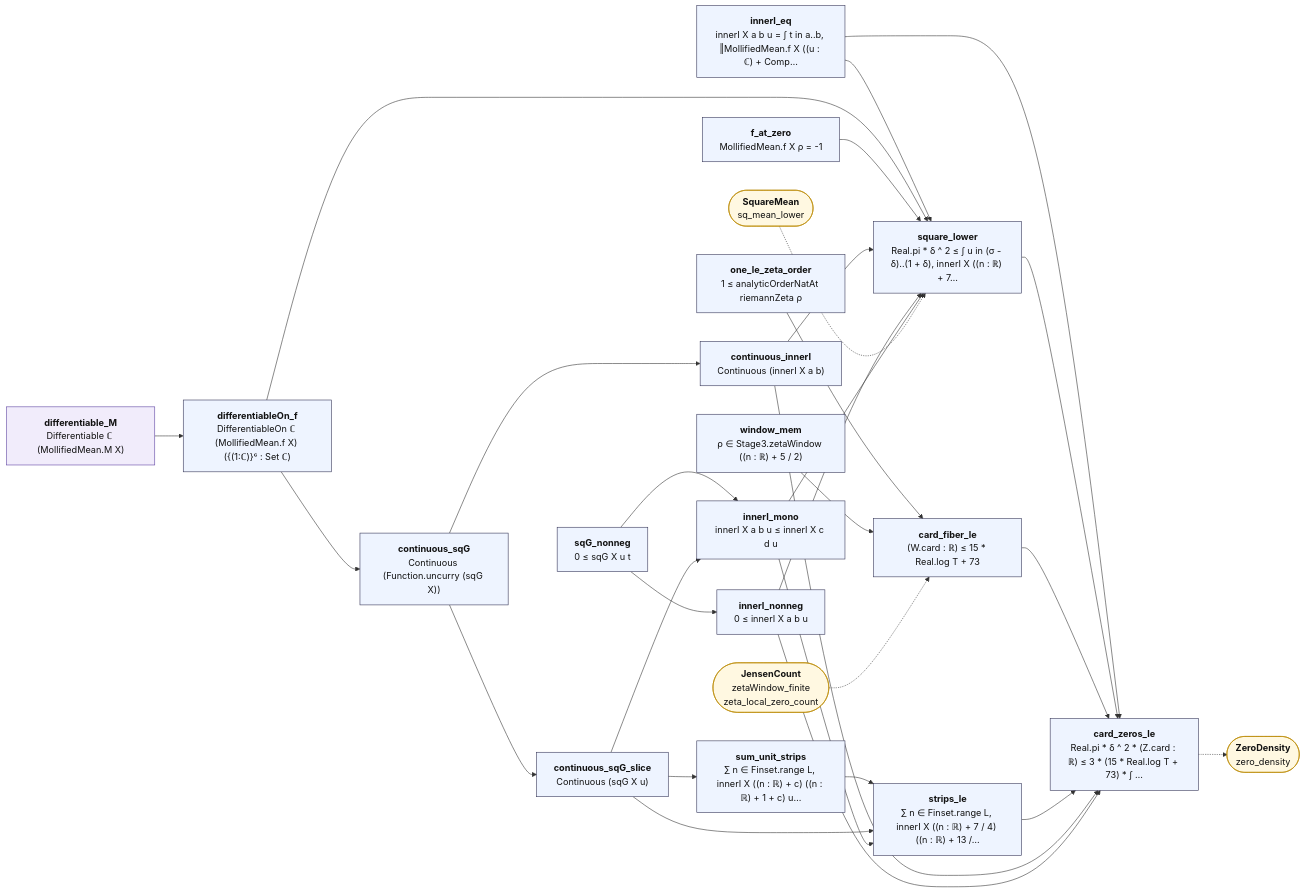
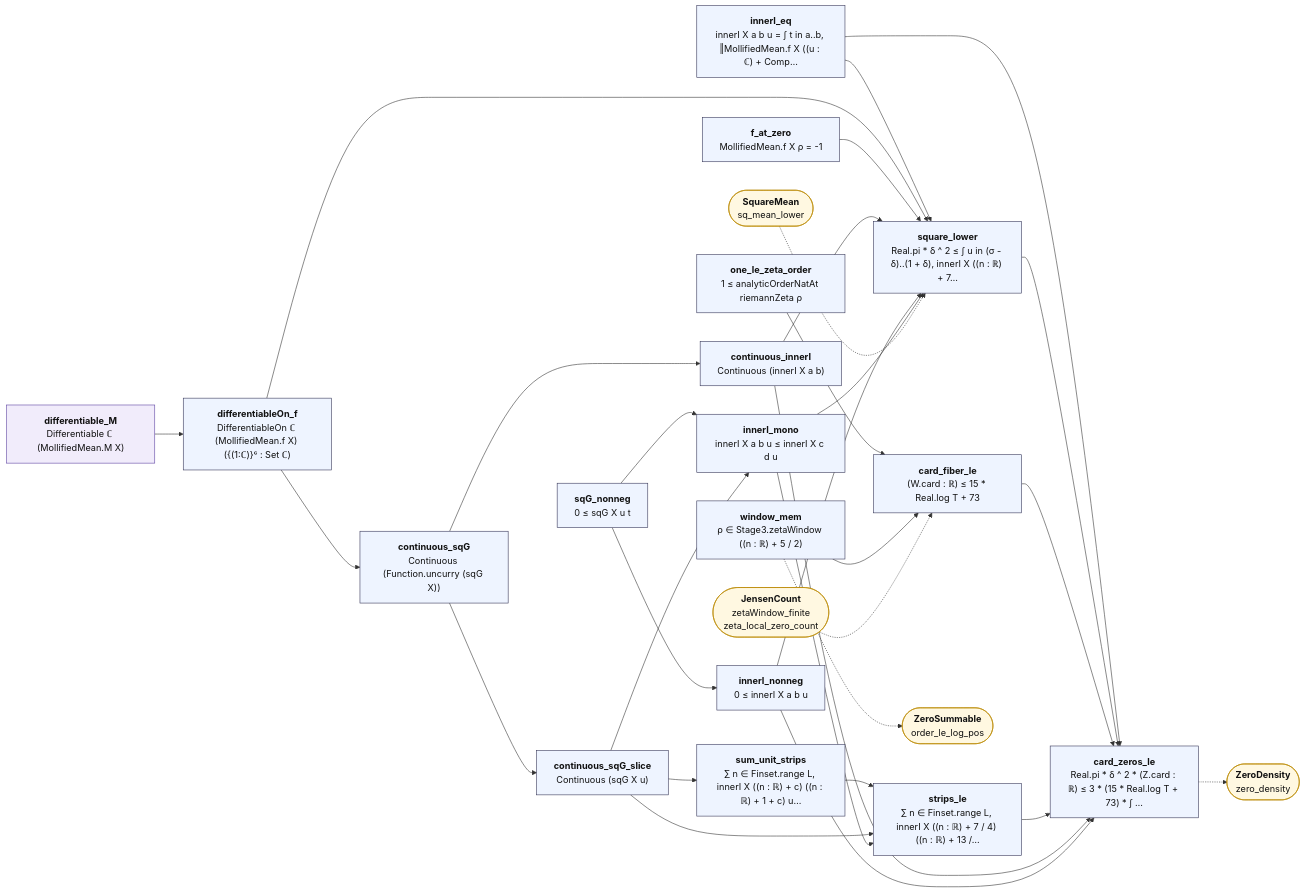
Before and after one commit to juliansambranojr/Primebeat_081426: the diagram in map/lean_stage3/ZeroSquares.mmd, drawn with Mermaid. The commit also changed 42 other files, not shown here.

First line of the commit message:
C6b: the zeros right of any line beyond one half have summable order over size (unit 0455)

```diff
--- a/map/lean_stage3/ZeroSquares.mmd
+++ b/map/lean_stage3/ZeroSquares.mmd
@@ -1,57 +1,59 @@
 flowchart LR
   n0["<b>one_le_zeta_order</b><br/>1 ≤ analyticOrderNatAt riemannZeta ρ"]:::thm
   n1["<b>differentiable_M</b><br/>Differentiable ℂ (MollifiedMean.M X)"]:::shp
   n2["<b>differentiableOn_f</b><br/>DifferentiableOn ℂ (MollifiedMean.f X) ({(1:ℂ)}ᶜ : Set ℂ)"]:::thm
   n3["<b>f_at_zero</b><br/>MollifiedMean.f X ρ = -1"]:::thm
   n4["<b>continuous_sqG</b><br/>Continuous (Function.uncurry (sqG X))"]:::thm
   n5["<b>sqG_nonneg</b><br/>0 ≤ sqG X u t"]:::thm
   n6["<b>continuous_sqG_slice</b><br/>Continuous (sqG X u)"]:::thm
   n7["<b>continuous_innerI</b><br/>Continuous (innerI X a b)"]:::thm
   n8["<b>innerI_nonneg</b><br/>0 ≤ innerI X a b u"]:::thm
   n9["<b>innerI_mono</b><br/>innerI X a b u ≤ innerI X c d u"]:::thm
   n10["<b>innerI_eq</b><br/>innerI X a b u = ∫ t in a..b, ‖MollifiedMean.f X ((u : ℂ) + Comp…"]:::thm
   n11["<b>square_lower</b><br/>Real.pi * δ ^ 2 ≤ ∫ u in (σ - δ)..(1 + δ), innerI X ((n : ℝ) + 7…"]:::thm
   n12["<b>window_mem</b><br/>ρ ∈ Stage3.zetaWindow ((n : ℝ) + 5 / 2)"]:::thm
   n13["<b>card_fiber_le</b><br/>(W.card : ℝ) ≤ 15 * Real.log T + 73"]:::thm
   n14["<b>sum_unit_strips</b><br/>∑ n ∈ Finset.range L, innerI X ((n : ℝ) + c) ((n : ℝ) + 1 + c) u…"]:::thm
   n15["<b>strips_le</b><br/>∑ n ∈ Finset.range L, innerI X ((n : ℝ) + 7 / 4) ((n : ℝ) + 13 /…"]:::thm
   n16["<b>card_zeros_le</b><br/>Real.pi * δ ^ 2 * (Z.card : ℝ) ≤ 3 * (15 * Real.log T + 73) * ∫ …"]:::thm
   x0(["<b>SquareMean</b><br/>sq_mean_lower"]):::ext
-  x1(["<b>JensenCount</b><br/>zetaWindow_finite<br/>zeta_local_zero_count"]):::ext
-  x2(["<b>ZeroDensity</b><br/>zero_density"]):::ext
+  x1(["<b>ZeroSummable</b><br/>order_le_log_pos"]):::ext
+  x2(["<b>JensenCount</b><br/>zetaWindow_finite<br/>zeta_local_zero_count"]):::ext
+  x3(["<b>ZeroDensity</b><br/>zero_density"]):::ext
   n0 --> n13
   n1 --> n2
   n10 --> n11
   n10 --> n16
   n11 --> n16
   n12 --> n13
   n13 --> n16
   n14 --> n15
   n15 --> n16
   n2 --> n11
   n2 --> n4
   n3 --> n11
   n4 --> n6
   n4 --> n7
   n5 --> n8
   n5 --> n9
   n6 --> n14
   n6 --> n15
   n6 --> n9
   n7 --> n11
   n7 --> n16
   n8 --> n11
   n8 --> n16
   n9 --> n11
   n9 --> n15
-  n16 -.-> x2
+  n12 -.-> x1
+  n16 -.-> x3
   x0 -.-> n11
-  x1 -.-> n13
+  x2 -.-> n13
   classDef cnt fill:#dff5ec,stroke:#17694a,color:#111
   classDef shp fill:#f1ecfb,stroke:#5b3fa0,color:#111
   classDef rh fill:#ffe5e5,stroke:#c22,color:#111,stroke-width:2px
   classDef thm fill:#eef4ff,stroke:#335,color:#111
   classDef end_ fill:#e7f7e7,stroke:#2a7,color:#111,stroke-width:2px
   classDef lone fill:#fff,stroke:#999,color:#111,stroke-dasharray:4 3
   classDef bad fill:#ffe5e5,stroke:#c22,color:#111,stroke-width:2px
   classDef ext fill:#fff8e1,stroke:#b80,color:#111
```
